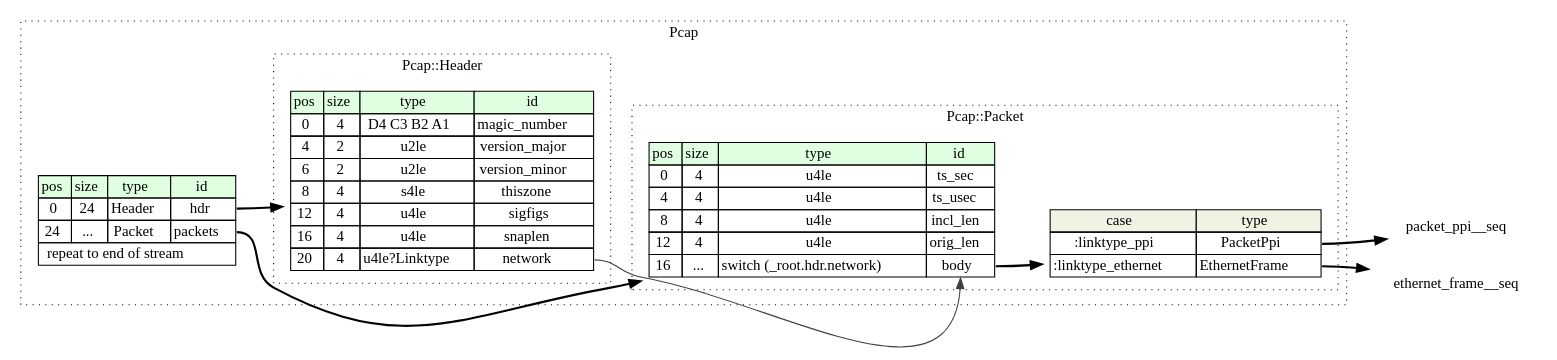
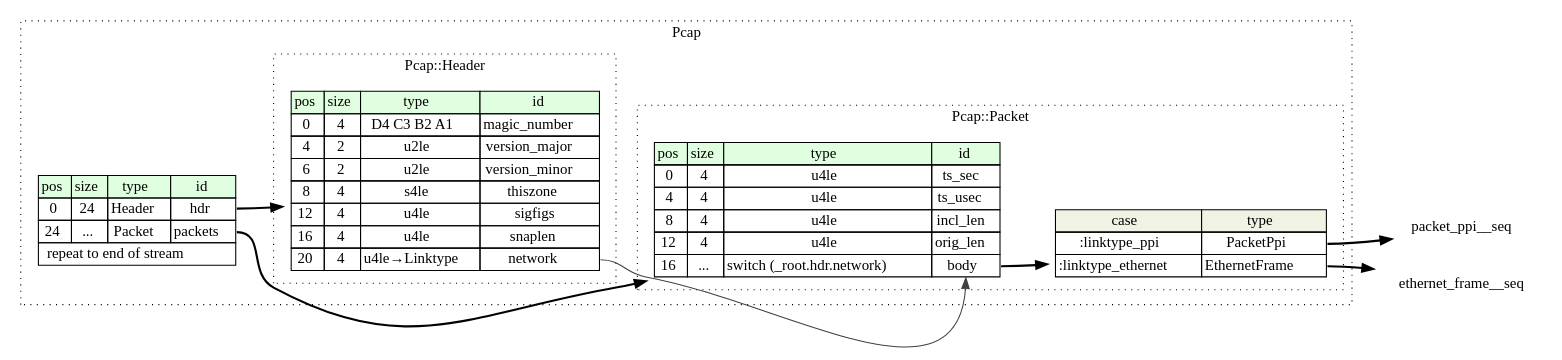
The diagram in pcap/src/graphviz/pcap.dot (kaitai-io/formats-kaitai-io.github.io), drawn with Graphviz before and after one commit. The commit also changed 262 other files, not shown here.

```diff
--- a/pcap/src/graphviz/pcap.dot
+++ b/pcap/src/graphviz/pcap.dot
@@ -1,54 +1,54 @@
 digraph {
 	rankdir=LR;
 	node [shape=plaintext];
 	subgraph cluster__pcap {
 		label="Pcap";
 		graph[style=dotted];
 
 		pcap__seq [label=<<TABLE BORDER="0" CELLBORDER="1" CELLSPACING="0">
 			<TR><TD BGCOLOR="#E0FFE0">pos</TD><TD BGCOLOR="#E0FFE0">size</TD><TD BGCOLOR="#E0FFE0">type</TD><TD BGCOLOR="#E0FFE0">id</TD></TR>
 			<TR><TD PORT="hdr_pos">0</TD><TD PORT="hdr_size">24</TD><TD>Header</TD><TD PORT="hdr_type">hdr</TD></TR>
 			<TR><TD PORT="packets_pos">24</TD><TD PORT="packets_size">...</TD><TD>Packet</TD><TD PORT="packets_type">packets</TD></TR>
 			<TR><TD COLSPAN="4" PORT="packets__repeat">repeat to end of stream</TD></TR>
 		</TABLE>>];
 		subgraph cluster__header {
 			label="Pcap::Header";
 			graph[style=dotted];
 
 			header__seq [label=<<TABLE BORDER="0" CELLBORDER="1" CELLSPACING="0">
 				<TR><TD BGCOLOR="#E0FFE0">pos</TD><TD BGCOLOR="#E0FFE0">size</TD><TD BGCOLOR="#E0FFE0">type</TD><TD BGCOLOR="#E0FFE0">id</TD></TR>
 				<TR><TD PORT="magic_number_pos">0</TD><TD PORT="magic_number_size">4</TD><TD>D4 C3 B2 A1</TD><TD PORT="magic_number_type">magic_number</TD></TR>
 				<TR><TD PORT="version_major_pos">4</TD><TD PORT="version_major_size">2</TD><TD>u2le</TD><TD PORT="version_major_type">version_major</TD></TR>
 				<TR><TD PORT="version_minor_pos">6</TD><TD PORT="version_minor_size">2</TD><TD>u2le</TD><TD PORT="version_minor_type">version_minor</TD></TR>
 				<TR><TD PORT="thiszone_pos">8</TD><TD PORT="thiszone_size">4</TD><TD>s4le</TD><TD PORT="thiszone_type">thiszone</TD></TR>
 				<TR><TD PORT="sigfigs_pos">12</TD><TD PORT="sigfigs_size">4</TD><TD>u4le</TD><TD PORT="sigfigs_type">sigfigs</TD></TR>
 				<TR><TD PORT="snaplen_pos">16</TD><TD PORT="snaplen_size">4</TD><TD>u4le</TD><TD PORT="snaplen_type">snaplen</TD></TR>
-				<TR><TD PORT="network_pos">20</TD><TD PORT="network_size">4</TD><TD>u4le?Linktype</TD><TD PORT="network_type">network</TD></TR>
+				<TR><TD PORT="network_pos">20</TD><TD PORT="network_size">4</TD><TD>u4le→Linktype</TD><TD PORT="network_type">network</TD></TR>
 			</TABLE>>];
 		}
 		subgraph cluster__packet {
 			label="Pcap::Packet";
 			graph[style=dotted];
 
 			packet__seq [label=<<TABLE BORDER="0" CELLBORDER="1" CELLSPACING="0">
 				<TR><TD BGCOLOR="#E0FFE0">pos</TD><TD BGCOLOR="#E0FFE0">size</TD><TD BGCOLOR="#E0FFE0">type</TD><TD BGCOLOR="#E0FFE0">id</TD></TR>
 				<TR><TD PORT="ts_sec_pos">0</TD><TD PORT="ts_sec_size">4</TD><TD>u4le</TD><TD PORT="ts_sec_type">ts_sec</TD></TR>
 				<TR><TD PORT="ts_usec_pos">4</TD><TD PORT="ts_usec_size">4</TD><TD>u4le</TD><TD PORT="ts_usec_type">ts_usec</TD></TR>
 				<TR><TD PORT="incl_len_pos">8</TD><TD PORT="incl_len_size">4</TD><TD>u4le</TD><TD PORT="incl_len_type">incl_len</TD></TR>
 				<TR><TD PORT="orig_len_pos">12</TD><TD PORT="orig_len_size">4</TD><TD>u4le</TD><TD PORT="orig_len_type">orig_len</TD></TR>
 				<TR><TD PORT="body_pos">16</TD><TD PORT="body_size">...</TD><TD>switch (_root.hdr.network)</TD><TD PORT="body_type">body</TD></TR>
 			</TABLE>>];
 packet__seq_body_switch [label=<<TABLE BORDER="0" CELLBORDER="1" CELLSPACING="0">
 	<TR><TD BGCOLOR="#F0F2E4">case</TD><TD BGCOLOR="#F0F2E4">type</TD></TR>
 	<TR><TD>:linktype_ppi</TD><TD PORT="case0">PacketPpi</TD></TR>
 	<TR><TD>:linktype_ethernet</TD><TD PORT="case1">EthernetFrame</TD></TR>
 </TABLE>>];
 		}
 	}
 	pcap__seq:hdr_type -> header__seq [style=bold];
 	pcap__seq:packets_type -> packet__seq [style=bold];
 	packet__seq:body_type -> packet__seq_body_switch [style=bold];
 	packet__seq_body_switch:case0 -> packet_ppi__seq [style=bold];
 	packet__seq_body_switch:case1 -> ethernet_frame__seq [style=bold];
 	header__seq:network_type -> packet__seq:body_type [color="#404040"];
 }
```
